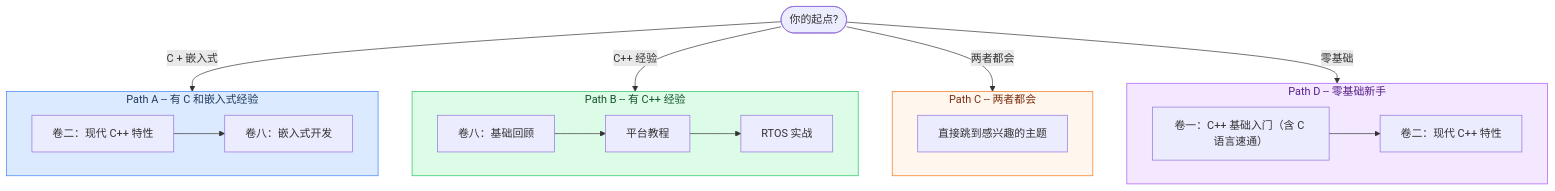
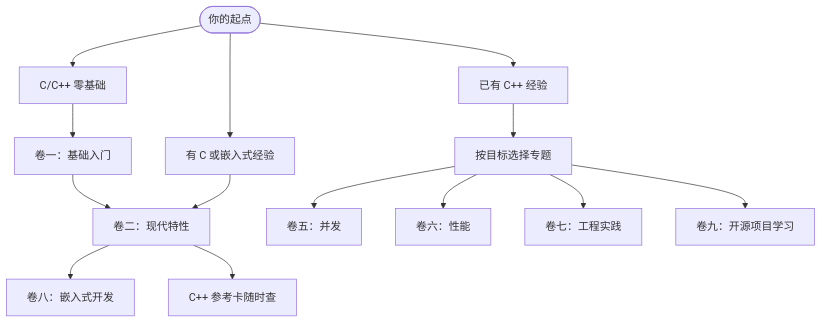
One commit to Awesome-Embedded-Learning-Studio/Tutorial_AwesomeModernCPP changed the second of 2 diagrams in README.md. Above: the diagram before and after it, drawn with Mermaid. The commit also changed other lines of this file and 67 other files, not shown here.

````diff
--- a/README.md
+++ b/README.md
@@ -69,24 +109,16 @@
 ```mermaid
 flowchart TD
-    subgraph PathA["Path A -- 有 C 和嵌入式经验"]
-        A1["卷二：现代 C++ 特性"] --> A2["卷八：嵌入式开发"]
-    end
-    subgraph PathB["Path B -- 有 C++ 经验"]
-        B1["卷八：基础回顾"] --> B2["平台教程"] --> B3["RTOS 实战"]
-    end
-    subgraph PathC["Path C -- 两者都会"]
-        C1["直接跳到感兴趣的主题"]
-    end
-    subgraph PathD["Path D -- 零基础新手"]
-        D1["卷一：C++ 基础入门（含 C 语言速通）"] --> D2["卷二：现代 C++ 特性"]
-    end
-    Start(["你的起点?"]) -->|"C + 嵌入式"| PathA
-    Start -->|"C++ 经验"| PathB
-    Start -->|"两者都会"| PathC
-    Start -->|"零基础"| PathD
+    Start(["你的起点"])
+    NewCPP["C/C++ 零基础"] --> V1["卷一：基础入门"] --> V2["卷二：现代特性"]
+    CEmbedded["有 C 或嵌入式经验"] --> V2 --> Embedded["卷八：嵌入式开发"]
+    CPP["已有 C++ 经验"] --> Pick["按目标选择专题"]
+    Pick --> Concurrency["卷五：并发"]
+    Pick --> Performance["卷六：性能"]
+    Pick --> Engineering["卷七：工程实践"]
+    Pick --> Source["卷九：开源项目学习"]
+    V2 --> Reference["C++ 参考卡随时查"]
 
-    style PathA fill:#dbeafe,stroke:#3b82f6,color:#1e3a5f
-    style PathB fill:#dcfce7,stroke:#22c55e,color:#14532d
-    style PathC fill:#fff7ed,stroke:#f97316,color:#7c2d12
-    style PathD fill:#f3e8ff,stroke:#a855f7,color:#581c87
+    Start --> NewCPP
+    Start --> CEmbedded
+    Start --> CPP
 ```
````
